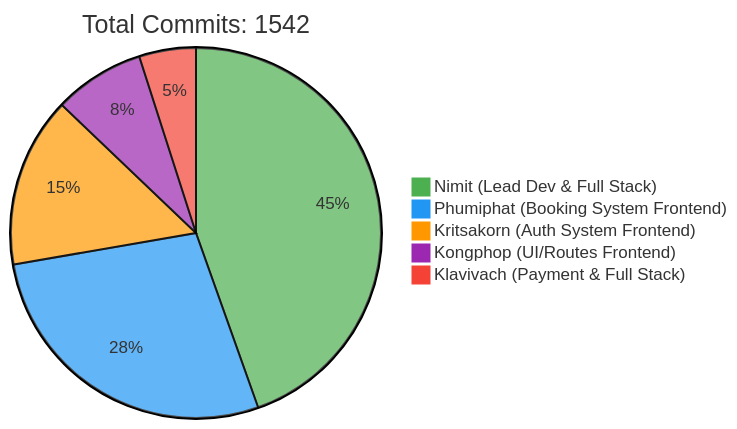
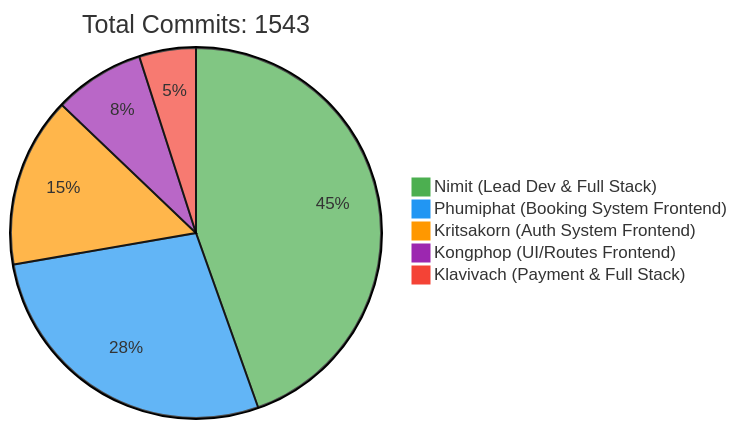
The first of 2 diagrams in README.md (6531503042/Sport-Complex), drawn with Mermaid before and after one commit. The commit also changed other lines of this file, not shown here.

Commit message:
docs: Update contributor statistics [skip ci]

````diff
--- a/README.md
+++ b/README.md
@@ -257,10 +257,10 @@
 ```mermaid
 %%{init: {'theme': 'base', 'themeVariables': { 'pie1': '#4CAF50', 'pie2': '#2196F3', 'pie3': '#FF9800', 'pie4': '#9C27B0', 'pie5': '#F44336'}}}%%
 pie
-    title Total Commits: 1542
+    title Total Commits: 1543
     "Nimit (Lead Dev & Full Stack)" : 450
     "Phumiphat (Booking System Frontend)" : 280
     "Kritsakorn (Auth System Frontend)" : 150
     "Kongphop (UI/Routes Frontend)" : 80
     "Klavivach (Payment & Full Stack)" : 50
 ```
````
